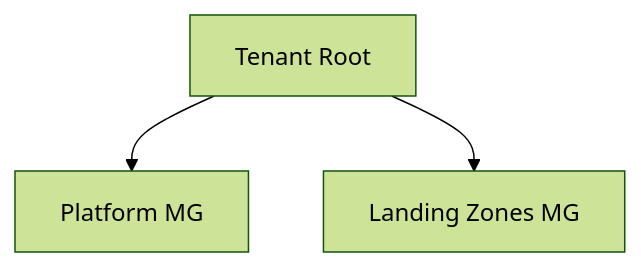
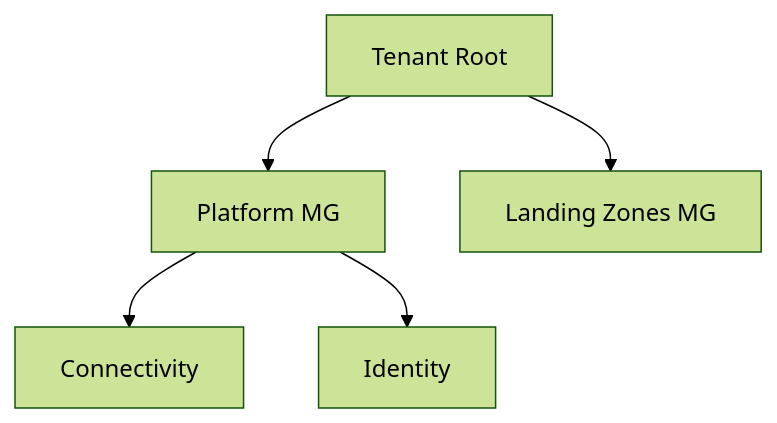
One commit to Devopstrio/hybrid-landingzone changed diagram 12 of 30 in README.md. Above: the diagram before and after it, drawn with Mermaid (forest theme). The commit also changed other lines of this file, not shown here.

Commit message:
docs: finalize premium institutional-grade README with 30+ diagrams and executive summary

````diff
--- a/README.md
+++ b/README.md
@@ -123,5 +178,7 @@
 ```mermaid
 graph TD
-    Tenant[Tenant Root] --> Platform[Platform MG]
-    Tenant --> LandingZones[Landing Zones MG]
+    Root[Tenant Root] --> Platform[Platform MG]
+    Root --> LZ[Landing Zones MG]
+    Platform --> Connectivity[Connectivity]
+    Platform --> Identity[Identity]
 ```
````
